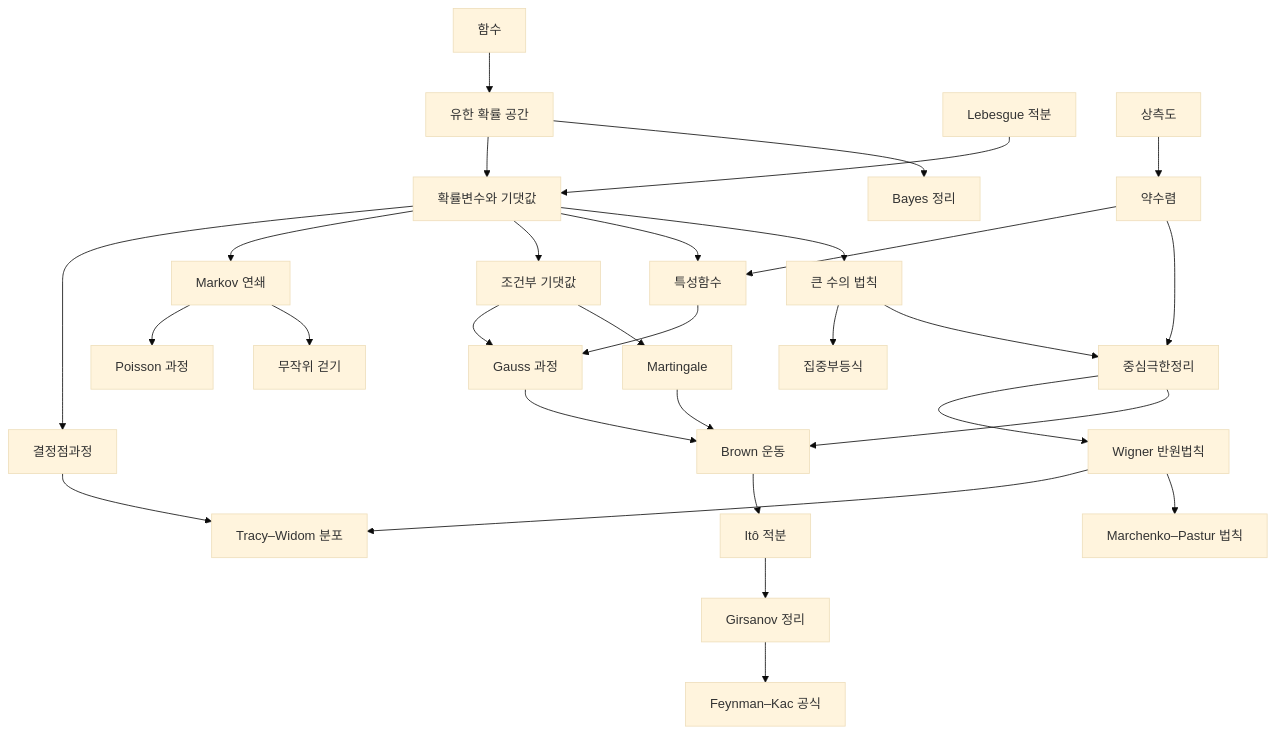
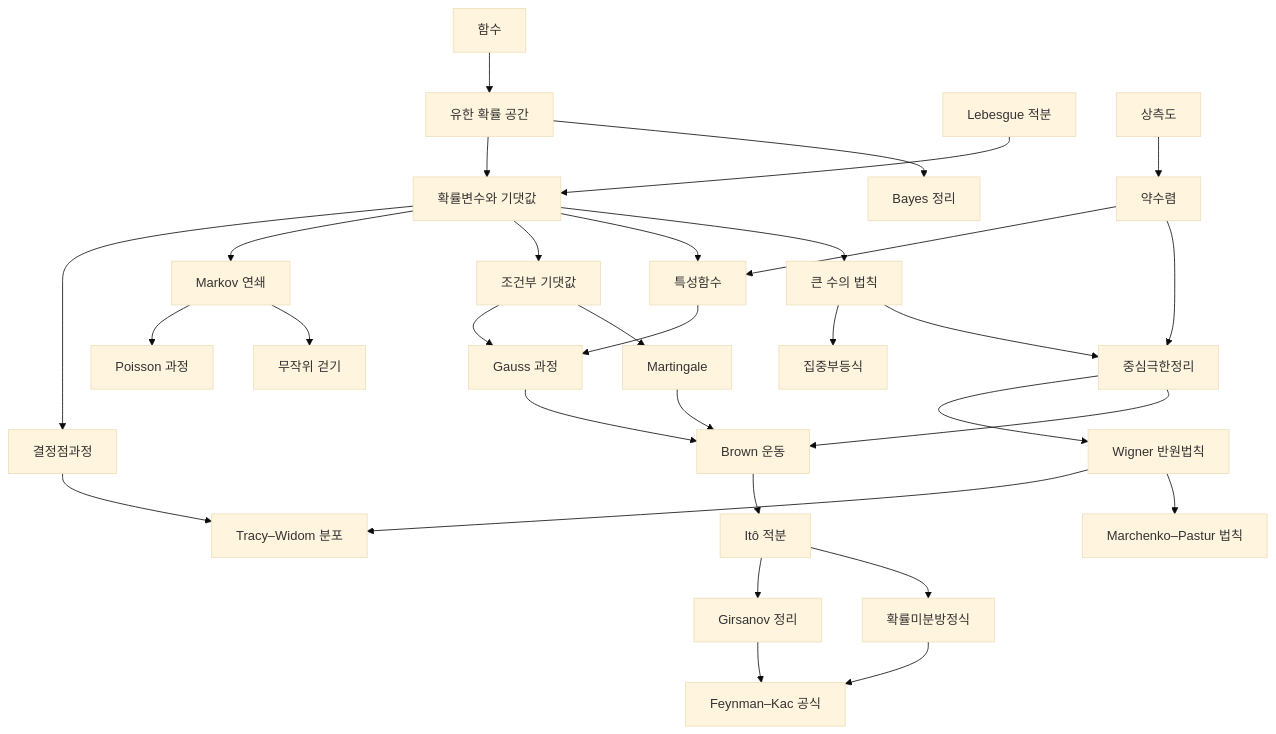
The diagram in docs/probability-overview.md (Phryxia/math-map), drawn with Mermaid (base theme) before and after one commit. The commit also changed other lines of this file and 7 other files, not shown here.

````diff
--- a/docs/probability-overview.md
+++ b/docs/probability-overview.md
@@ -13,32 +13,34 @@
 ```mermaid
 graph TD
   FN["함수"] --> PR["유한 확률 공간"]
   PR --> BY["Bayes 정리"]
   PR --> RV["확률변수와 기댓값"]
   LI["Lebesgue 적분"] --> RV
   PM["상측도"] --> WC["약수렴"]
   RV --> LLN["큰 수의 법칙"]
   LLN --> CLT["중심극한정리"]
   WC --> CLT
   WC --> CF["특성함수"]
   RV --> CF
   LLN --> CI["집중부등식"]
   RV --> CE["조건부 기댓값"]
   CE --> MG["Martingale"]
   RV --> MC["Markov 연쇄"]
   MC --> RW["무작위 걷기"]
   MC --> PP["Poisson 과정"]
   MG --> BM["Brown 운동"]
   CLT --> BM
   BM --> IT["Itô 적분"]
+  IT --> SDE["확률미분방정식"]
   IT --> GS["Girsanov 정리"]
-  GS --> FK["Feynman–Kac 공식"]
+  SDE --> FK["Feynman–Kac 공식"]
+  GS --> FK
   CLT --> WS["Wigner 반원법칙"]
   WS --> MP["Marchenko–Pastur 법칙"]
   WS --> TW["Tracy–Widom 분포"]
   RV --> DPP["결정점과정"]
   DPP --> TW
   CF --> GP["Gauss 과정"]
   CE --> GP
   GP --> BM
 ```
````
